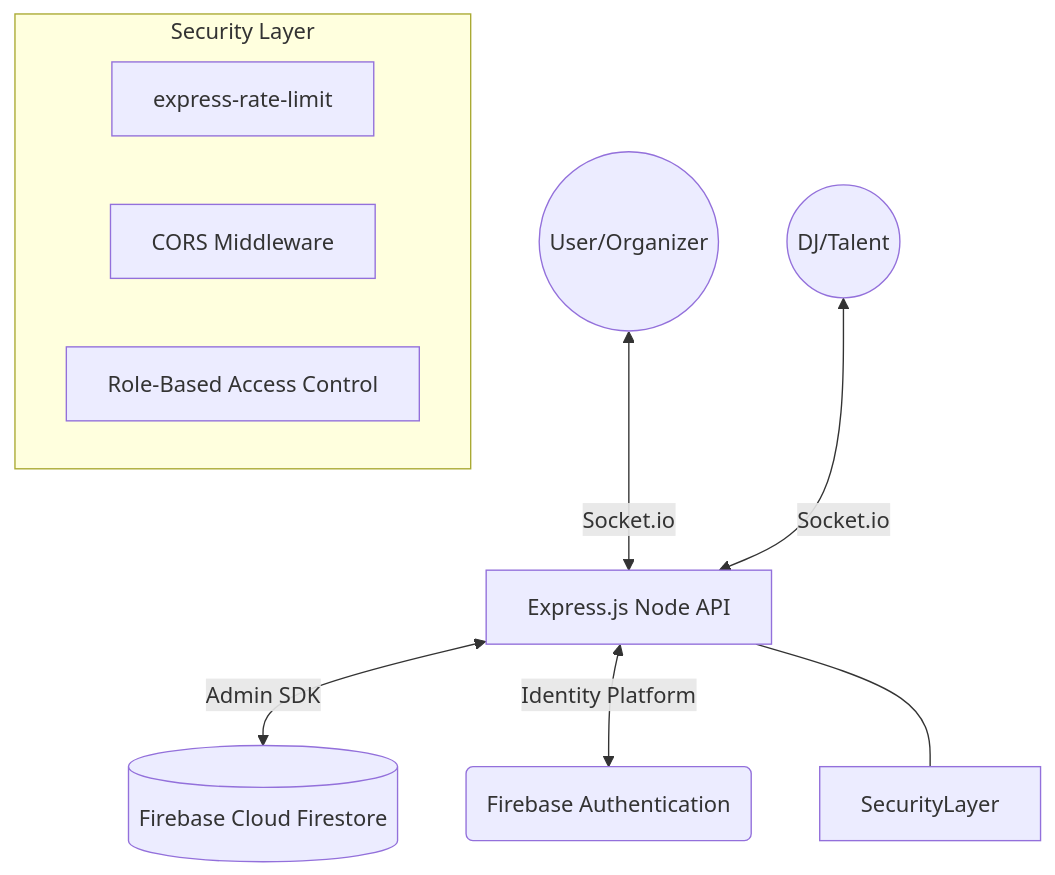
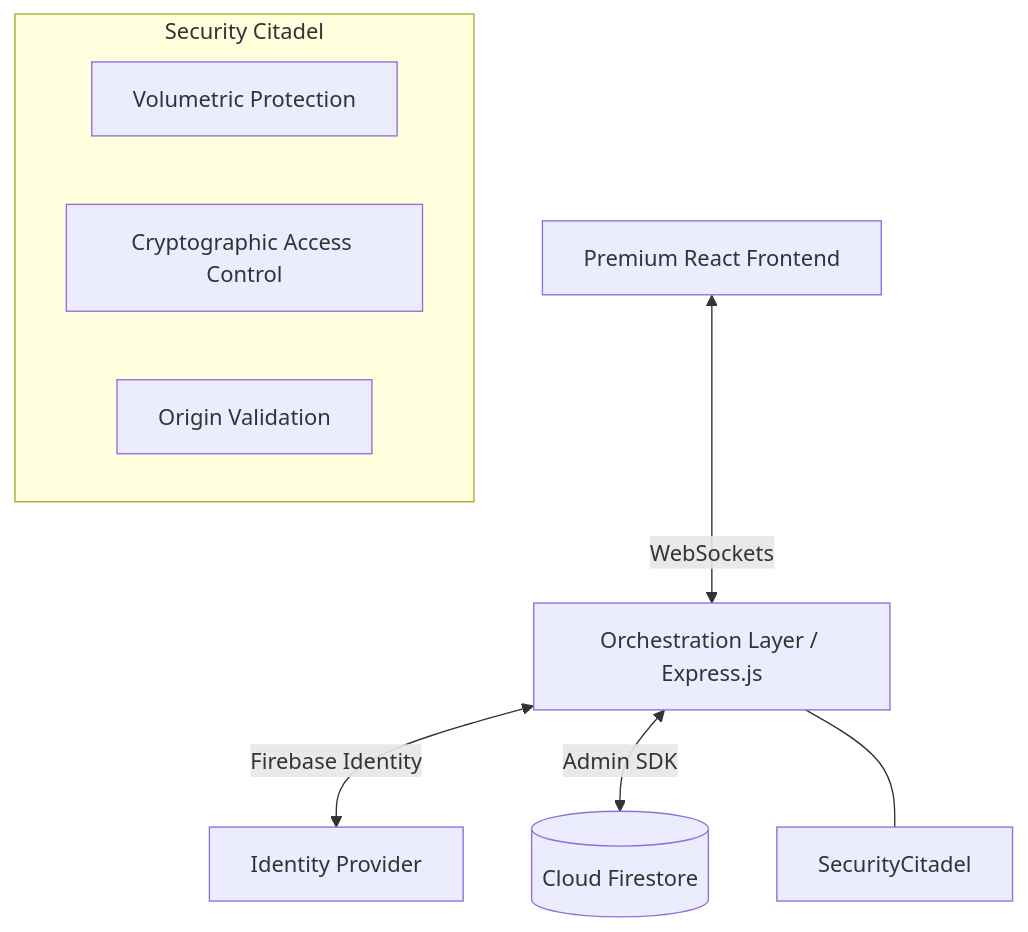
The diagram in README.md (pranitakash/DJ-Marketplace), drawn with Mermaid before and after one commit. The commit also changed other lines of this file and 42 other files, not shown here.

Commit message:
feat: implement premium React frontend, refine backend architecture, and enhance documentation

````diff
--- a/README.md
+++ b/README.md
@@ -17,15 +19,14 @@
 ```mermaid
 graph TD
-    User((User/Organizer)) <-->|Socket.io| Backend[Express.js Node API]
-    DJ((DJ/Talent)) <-->|Socket.io| Backend
-    Backend <-->|Admin SDK| Firestore[(Firebase Cloud Firestore)]
-    Backend <-->|Identity Platform| Auth(Firebase Authentication)
+    Client[Premium React Frontend] <-->|WebSockets| API[Orchestration Layer / Express.js]
+    API <-->|Firebase Identity| Auth[Identity Provider]
+    API <-->|Admin SDK| DB[(Cloud Firestore)]
     
-    subgraph Security Layer
-        RateLimiter[express-rate-limit]
-        CORS[CORS Middleware]
-        RBAC[Role-Based Access Control]
+    subgraph Security Citadel
+        RateLimit[Volumetric Protection]
+        RBAC[Cryptographic Access Control]
+        CORS[Origin Validation]
     end
     
-    Backend --- SecurityLayer
+    API --- SecurityCitadel
 ```
````
